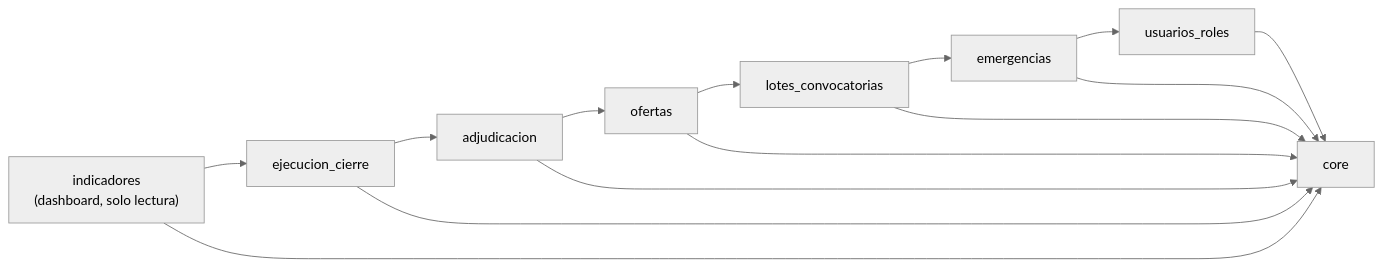
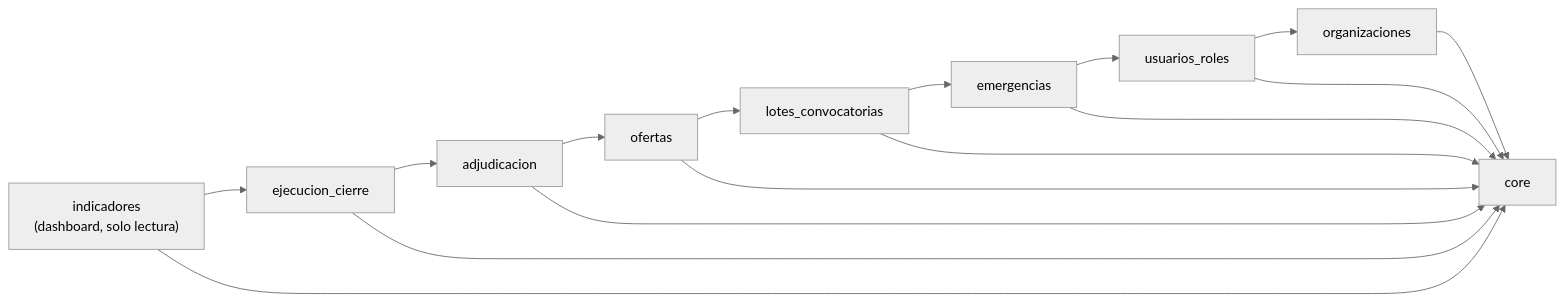
Before and after one commit to JoaquinManuelGonzalez/RescueSync-Web-App: the second of 2 diagrams in docs/arquitectura/componentes.md, drawn with Mermaid (neutral theme). The commit also changed other lines of this file and 4 other files, not shown here.

````diff
--- a/docs/arquitectura/componentes.md
+++ b/docs/arquitectura/componentes.md
@@ -269,27 +272,30 @@
 ```mermaid
 flowchart LR
     CORE["core"]
 
+    ORG["organizaciones"]
     UR["usuarios_roles"]
     EM["emergencias"]
     LC["lotes_convocatorias"]
     OF["ofertas"]
     AD["adjudicacion"]
     EC["ejecucion_cierre"]
     IND["indicadores<br/>(dashboard, solo lectura)"]
 
+    ORG --> CORE
     UR --> CORE
     EM --> CORE
     LC --> CORE
     OF --> CORE
     AD --> CORE
     EC --> CORE
     IND --> CORE
 
+    UR --> ORG
     EM --> UR
     LC --> EM
     OF --> LC
     AD --> OF
     EC --> AD
     IND --> EC
 ```
````
